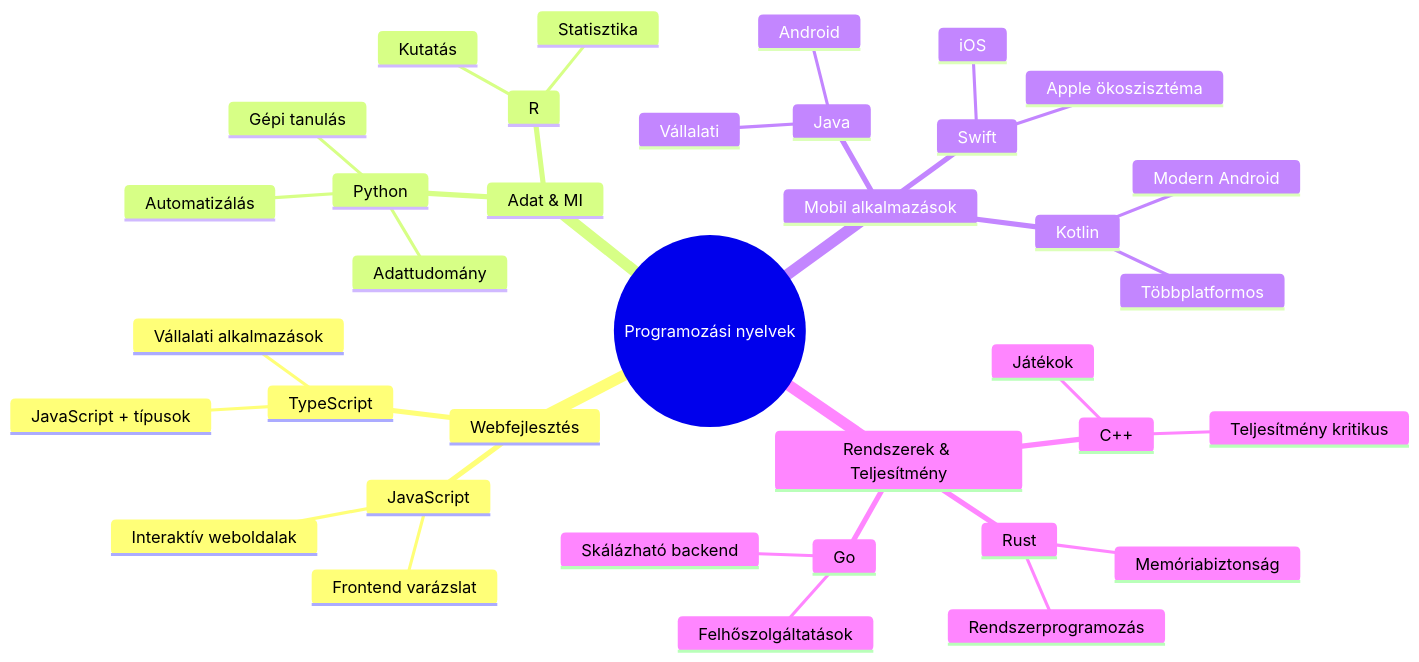
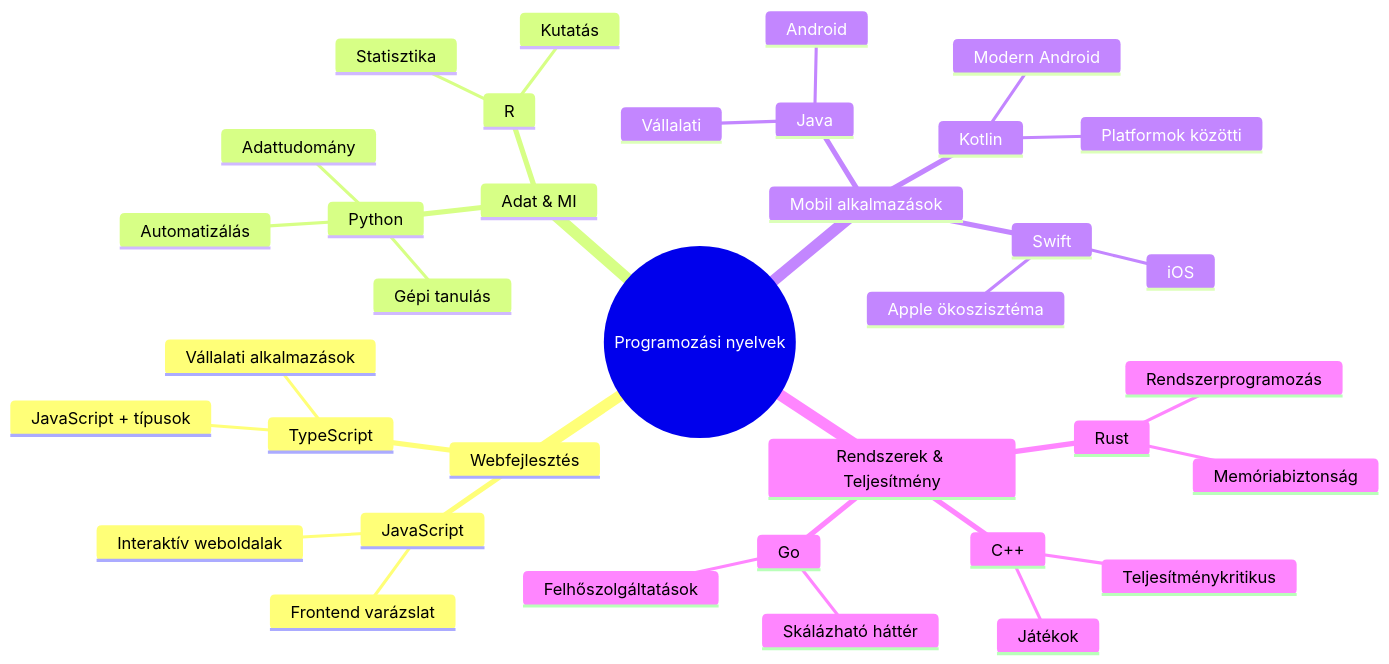
The second of 7 diagrams in translations/hu/1-getting-started-lessons/1-intro-to-programming-languages/README.md (microsoft/Web-Dev-For-Beginners), drawn with Mermaid before and after one commit. The commit also changed other lines of this file and 8 other files, not shown here.

````diff
--- a/translations/hu/1-getting-started-lessons/1-intro-to-programming-languages/README.md
+++ b/translations/hu/1-getting-started-lessons/1-intro-to-programming-languages/README.md
@@ -85,39 +85,39 @@
 ```mermaid
 mindmap
   root((Programozási nyelvek))
     Webfejlesztés
       JavaScript
         Frontend varázslat
         Interaktív weboldalak
       TypeScript
         JavaScript + típusok
         Vállalati alkalmazások
     Adat & MI
       Python
         Adattudomány
         Gépi tanulás
         Automatizálás
       R
         Statisztika
         Kutatás
     Mobil alkalmazások
       Java
         Android
         Vállalati
       Swift
         iOS
         Apple ökoszisztéma
       Kotlin
         Modern Android
-        Többplatformos
+        Platformok közötti
     Rendszerek & Teljesítmény
       C++
         Játékok
-        Teljesítmény kritikus
+        Teljesítménykritikus
       Rust
         Memóriabiztonság
         Rendszerprogramozás
       Go
         Felhőszolgáltatások
-        Skálázható backend
+        Skálázható háttér
 ```
````
